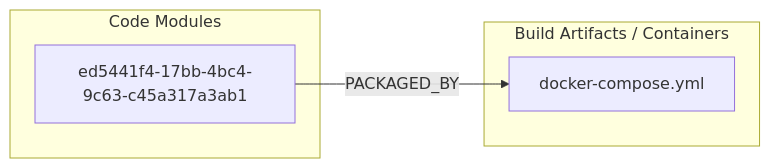
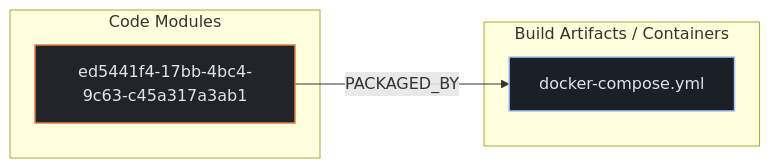
Before and after one commit to kumarshaz/atruss-code-atlas: the second of 3 diagrams in exports/latest/reports/n8n-io-self-hosted-ai-starter-kit-report.md, drawn with Mermaid. The commit also changed other lines of this file and 331 other files, not shown here.

Commit message:
docs,ui,fix: update SDLC docs, reorder CI/CD DAG first, stylize Mermaid, and fix Arc42 pipeline topology

````diff
--- a/exports/latest/reports/n8n-io-self-hosted-ai-starter-kit-report.md
+++ b/exports/latest/reports/n8n-io-self-hosted-ai-starter-kit-report.md
@@ -66,10 +73,14 @@
 ```mermaid
 flowchart LR
+    classDef atlasCategory fill:#212428,stroke:#E87A48,stroke-width:1.5px,color:#dfe3eb
+    classDef atlasWorkflow fill:#1b2026,stroke:#a3c9ff,stroke-width:1.5px,color:#dfe3eb
+    classDef atlasJob fill:#171c22,stroke:#8d9199,stroke-width:1px,color:#dfe3eb
+    classDef atlasTarget fill:#005227,stroke:#8bd99b,stroke-width:1.5px,color:#a7f6b6
     subgraph code_modules["Code Modules"]
-        mod_ed5441f4_17bb_4bc4_9c63_c45a317a3ab1["ed5441f4-17bb-4bc4-9c63-c45a317a3ab1"]
+        mod_ed5441f4_17bb_4bc4_9c63_c45a317a3ab1["ed5441f4-17bb-4bc4-9c63-c45a317a3ab1"]:::atlasCategory
     end
     subgraph build_artifacts["Build Artifacts / Containers"]
-        art_docker_compose_yml["docker-compose.yml"]
+        art_docker_compose_yml["docker-compose.yml"]:::atlasWorkflow
     end
     mod_ed5441f4_17bb_4bc4_9c63_c45a317a3ab1 -->|PACKAGED_BY| art_docker_compose_yml
 ```
````
